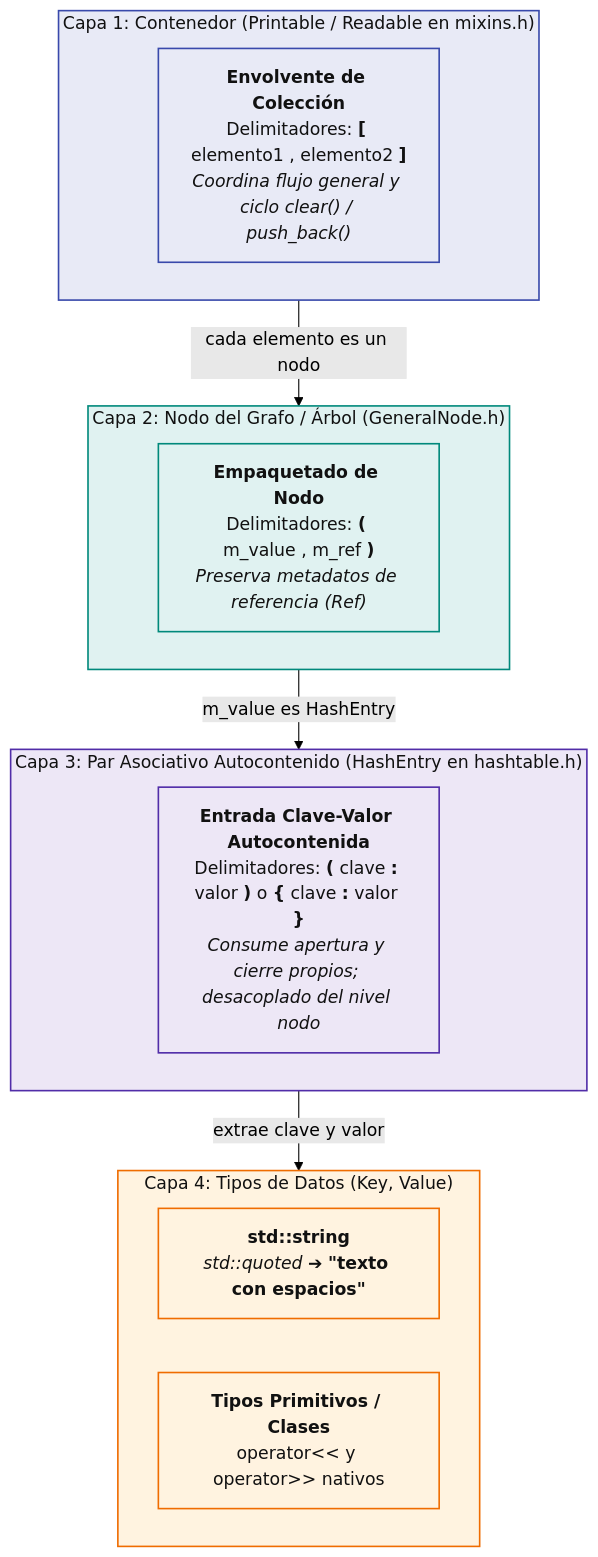
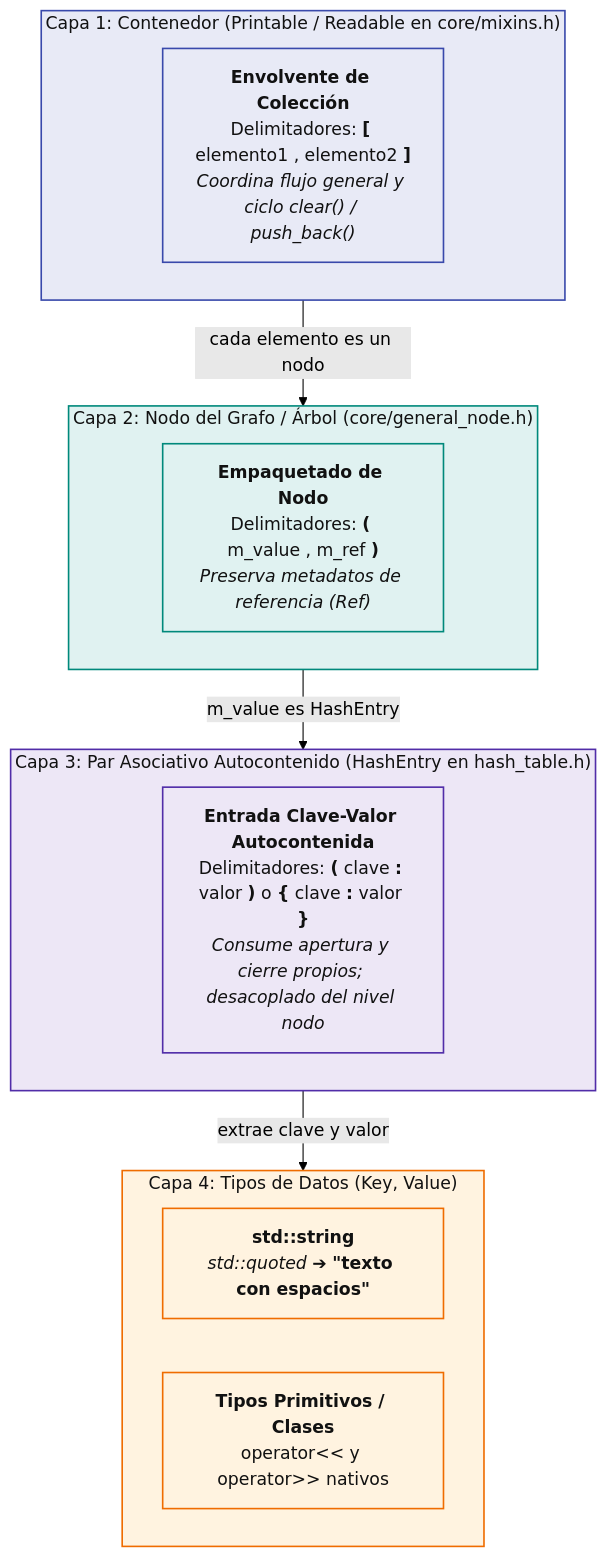
One commit to AldoLunaBueno/2026-II-CS-UNI-CC0E5-AEDAv changed the eighth of 11 diagrams in README.md. Above: the diagram before and after it, drawn with Mermaid (forest theme). The commit also changed other lines of this file and 36 other files, not shown here.

Commit message:
refactor: uniformizar estructura y nombres de archivos de código y diagramas

````diff
--- a/README.md
+++ b/README.md
@@ -856,37 +856,37 @@
 ```mermaid
 flowchart TB
-    subgraph L1["Capa 1: Contenedor (Printable / Readable en mixins.h)"]
+    subgraph L1["Capa 1: Contenedor (Printable / Readable en core/mixins.h)"]
         direction LR
         L1_FMT["<b>Envolvente de Colección</b><br/>Delimitadores: <b>[</b> elemento1 , elemento2 <b>]</b><br/><i>Coordina flujo general y ciclo clear() / push_back()</i>"]
     end
 
-    subgraph L2["Capa 2: Nodo del Grafo / Árbol (GeneralNode.h)"]
+    subgraph L2["Capa 2: Nodo del Grafo / Árbol (core/general_node.h)"]
         direction LR
         L2_FMT["<b>Empaquetado de Nodo</b><br/>Delimitadores: <b>(</b> m_value , m_ref <b>)</b><br/><i>Preserva metadatos de referencia (Ref)</i>"]
     end
 
-    subgraph L3["Capa 3: Par Asociativo Autocontenido (HashEntry en hashtable.h)"]
+    subgraph L3["Capa 3: Par Asociativo Autocontenido (HashEntry en hash_table.h)"]
         direction LR
         L3_FMT["<b>Entrada Clave-Valor Autocontenida</b><br/>Delimitadores: <b>(</b> clave <b>:</b> valor <b>)</b> o <b>{</b> clave <b>:</b> valor <b>}</b><br/><i>Consume apertura y cierre propios; desacoplado del nivel nodo</i>"]
     end
 
     subgraph L4["Capa 4: Tipos de Datos (Key, Value)"]
         direction LR
         L4_STR["<b>std::string</b><br/><i>std::quoted</i> ➔ <b>&quot;texto con espacios&quot;</b>"]
         L4_PRIM["<b>Tipos Primitivos / Clases</b><br/>operator&lt;&lt; y operator&gt;&gt; nativos"]
     end
 
     L1 -->|"cada elemento es un nodo"| L2
     L2 -->|"m_value es HashEntry"| L3
     L3 -->|"extrae clave y valor"| L4
 
     classDef c1 fill:#E8EAF6,stroke:#3949AB,color:#111,stroke-width:1.5px;
     classDef c2 fill:#E0F2F1,stroke:#00897B,color:#111,stroke-width:1.5px;
     classDef c3 fill:#EDE7F6,stroke:#512DA8,color:#111,stroke-width:1.5px;
     classDef c4 fill:#FFF3E0,stroke:#EF6C00,color:#111,stroke-width:1.5px;
 
     class L1,L1_FMT c1
     class L2,L2_FMT c2
     class L3,L3_FMT c3
     class L4,L4_STR,L4_PRIM c4
 ```
````
